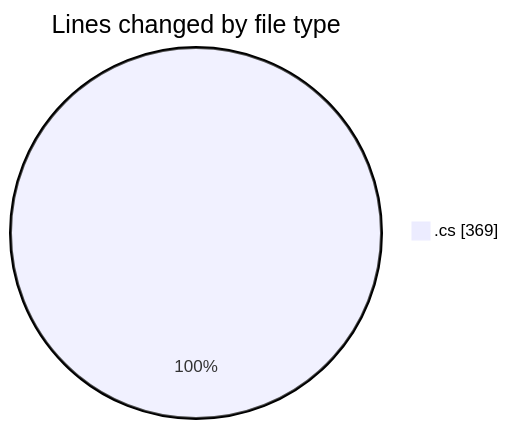
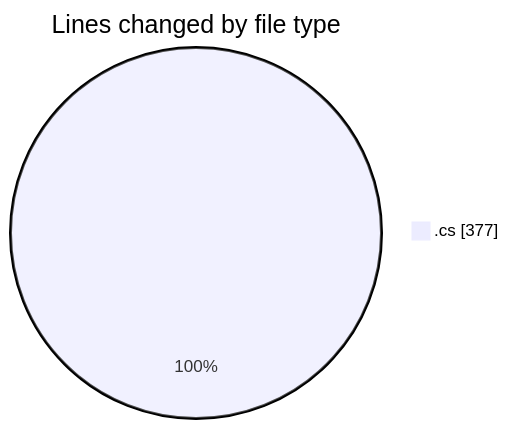
One commit to Netris89/code-tracking changed the first of 2 diagrams in 2025-04-24/back-end/README.md. Above: the diagram before and after it, drawn with Mermaid. The commit also changed other lines of this file and 1 other file, not shown here.

````diff
--- a/2025-04-24/back-end/README.md
+++ b/2025-04-24/back-end/README.md
@@ -21,5 +21,5 @@
 ```mermaid
 pie showData
 title Lines changed by file type
-".cs" : 369
+".cs" : 377
 ```
````
